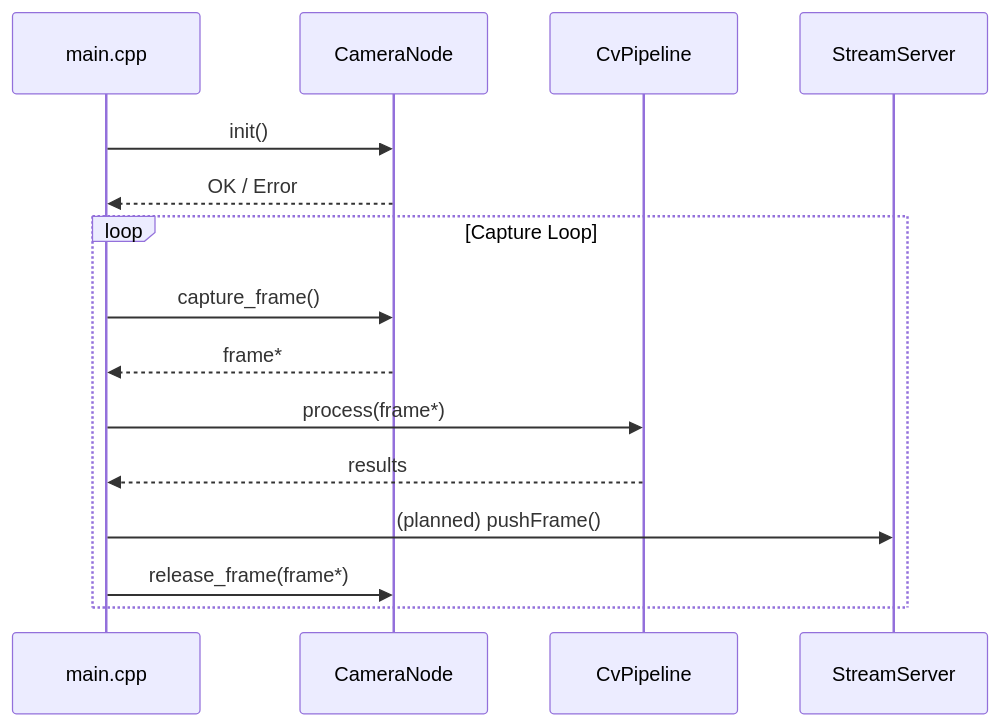
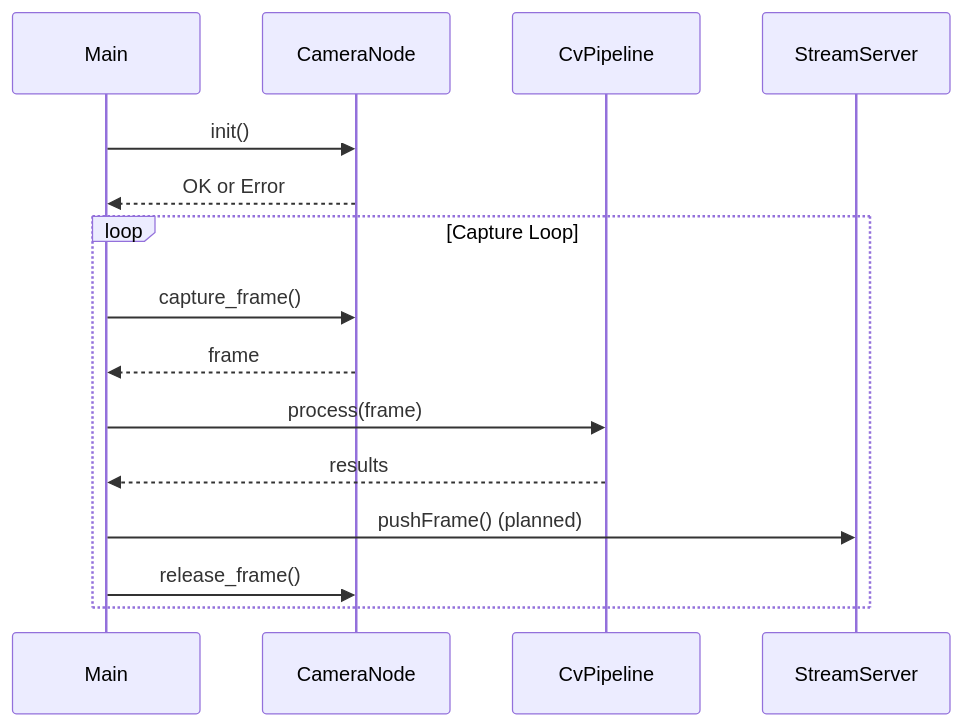
One commit to CahillMeyer/ccm-esp32-vision-node changed the fourth of 4 diagrams in docs/architecture.md. Above: the diagram before and after it, drawn with Mermaid. The commit also changed other lines of this file, not shown here.

Commit message:
Fix Mermaid diagrams for GitHub compatibility

````diff
--- a/docs/architecture.md
+++ b/docs/architecture.md
@@ -164,20 +166,19 @@
 ```mermaid
 sequenceDiagram
-    participant APP as main.cpp
+    participant APP as Main
     participant CN as CameraNode
     participant CV as CvPipeline
     participant SS as StreamServer
 
     APP->>CN: init()
-    CN-->>APP: OK / Error
+    CN-->>APP: OK or Error
 
     loop Capture Loop
         APP->>CN: capture_frame()
-        CN-->>APP: frame*
-        APP->>CV: process(frame*)
+        CN-->>APP: frame
+        APP->>CV: process(frame)
         CV-->>APP: results
-        APP->>SS: (planned) pushFrame()
-        APP->>CN: release_frame(frame*)
+        APP->>SS: pushFrame() (planned)
+        APP->>CN: release_frame()
     end
-
 ```
````
